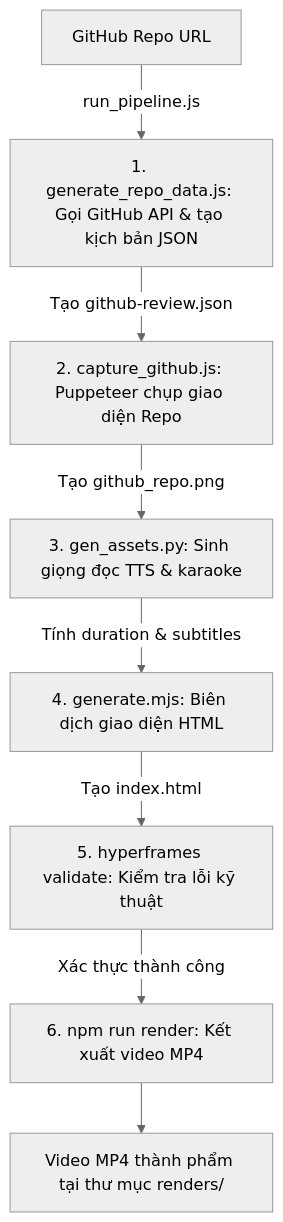
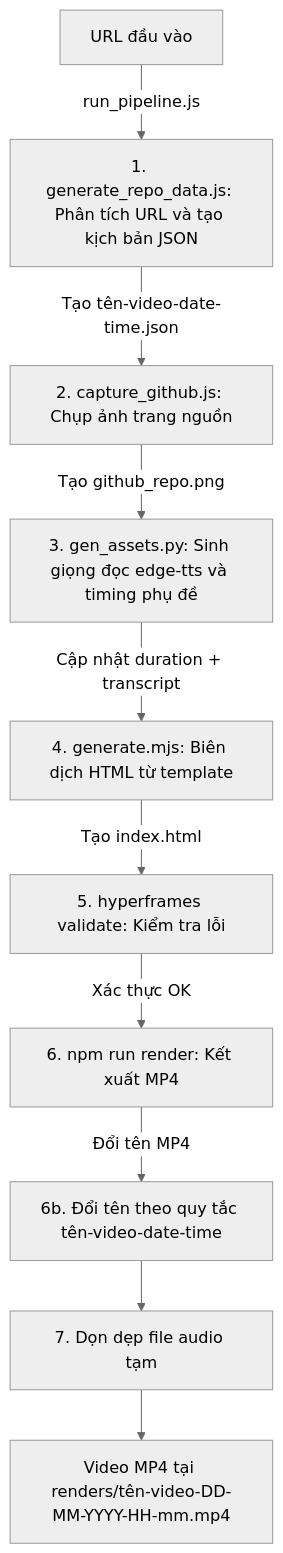
One commit to vietcuong2004/VNP_HyperFrames changed the diagram in README.md. Above: the diagram before and after it, drawn with Mermaid (neutral theme). The commit also changed other lines of this file and 25 other files, not shown here.

````diff
--- a/README.md
+++ b/README.md
@@ -36,10 +54,12 @@
 ```mermaid
 graph TD
-    URL[GitHub Repo URL] -->|run_pipeline.js| R_DATA[1. generate_repo_data.js: Gọi GitHub API & tạo kịch bản JSON]
-    R_DATA -->|Tạo github-review.json| CAPTURE[2. capture_github.js: Puppeteer chụp giao diện Repo]
-    CAPTURE -->|Tạo github_repo.png| TTS[3. gen_assets.py: Sinh giọng đọc TTS & karaoke]
-    TTS -->|Tính duration & subtitles| GEN[4. generate.mjs: Biên dịch giao diện HTML]
-    GEN -->|Tạo index.html| VALIDATE[5. hyperframes validate: Kiểm tra lỗi kỹ thuật]
-    VALIDATE -->|Xác thực thành công| RENDER[6. npm run render: Kết xuất video MP4]
-    RENDER --> OUT[Video MP4 thành phẩm tại thư mục renders/]
+    URL[URL đầu vào] -->|run_pipeline.js| ANALYZE[1. generate_repo_data.js: Phân tích URL và tạo kịch bản JSON]
+    ANALYZE -->|Tạo tên-video-date-time.json| CAPTURE[2. capture_github.js: Chụp ảnh trang nguồn]
+    CAPTURE -->|Tạo github_repo.png| TTS[3. gen_assets.py: Sinh giọng đọc edge-tts và timing phụ đề]
+    TTS -->|Cập nhật duration + transcript| GEN[4. generate.mjs: Biên dịch HTML từ template]
+    GEN -->|Tạo index.html| VALIDATE[5. hyperframes validate: Kiểm tra lỗi]
+    VALIDATE -->|Xác thực OK| RENDER[6. npm run render: Kết xuất MP4]
+    RENDER -->|Đổi tên MP4| RENAME[6b. Đổi tên theo quy tắc tên-video-date-time]
+    RENAME --> CLEANUP[7. Dọn dẹp file audio tạm]
+    CLEANUP --> OUT[Video MP4 tại renders/tên-video-DD-MM-YYYY-HH-mm.mp4]
 ```
````
